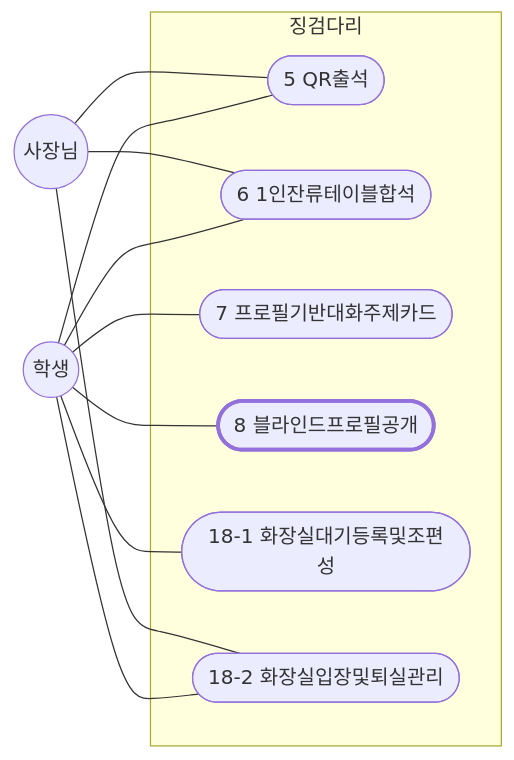
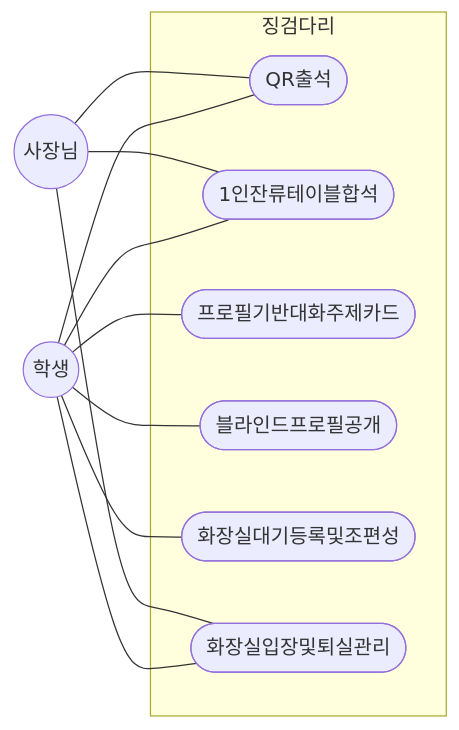
Before and after one commit to hojae3/sw-engineering-16: the diagram in presentation/08/1-usecase.md, drawn with Mermaid. The commit also changed other lines of this file and 6 other files, not shown here.

````diff
--- a/presentation/08/1-usecase.md
+++ b/presentation/08/1-usecase.md
@@ -9,26 +9,24 @@
 ```mermaid
 flowchart LR
     학생((학생))
     사장님((사장님))
 
     subgraph 징검다리
-        UC5([5 QR출석])
-        UC6([6 1인잔류테이블합석])
-        UC7([7 프로필기반대화주제카드])
-        UC8([8 블라인드프로필공개])
-        UC181([18-1 화장실대기등록및조편성])
-        UC182([18-2 화장실입장및퇴실관리])
+        UC5([QR출석])
+        UC6([1인잔류테이블합석])
+        UC7([프로필기반대화주제카드])
+        UC8([블라인드프로필공개])
+        UC181([화장실대기등록및조편성])
+        UC182([화장실입장및퇴실관리])
     end
 
     학생 --- UC5
     사장님 --- UC5
     학생 --- UC6
     사장님 --- UC6
     학생 --- UC7
     학생 --- UC8
     학생 --- UC181
     학생 --- UC182
     사장님 --- UC182
-
-    style UC8 stroke-width:3px
 ```
````
